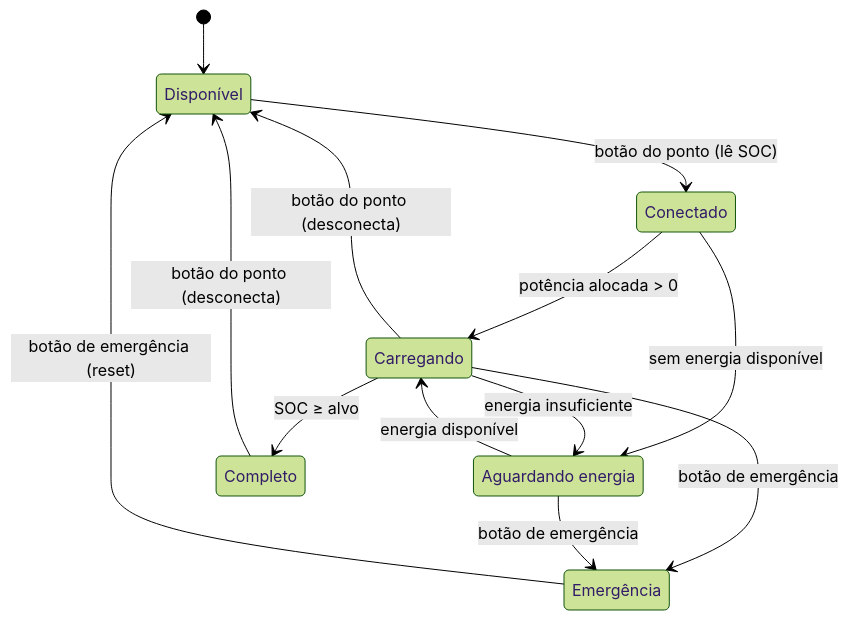
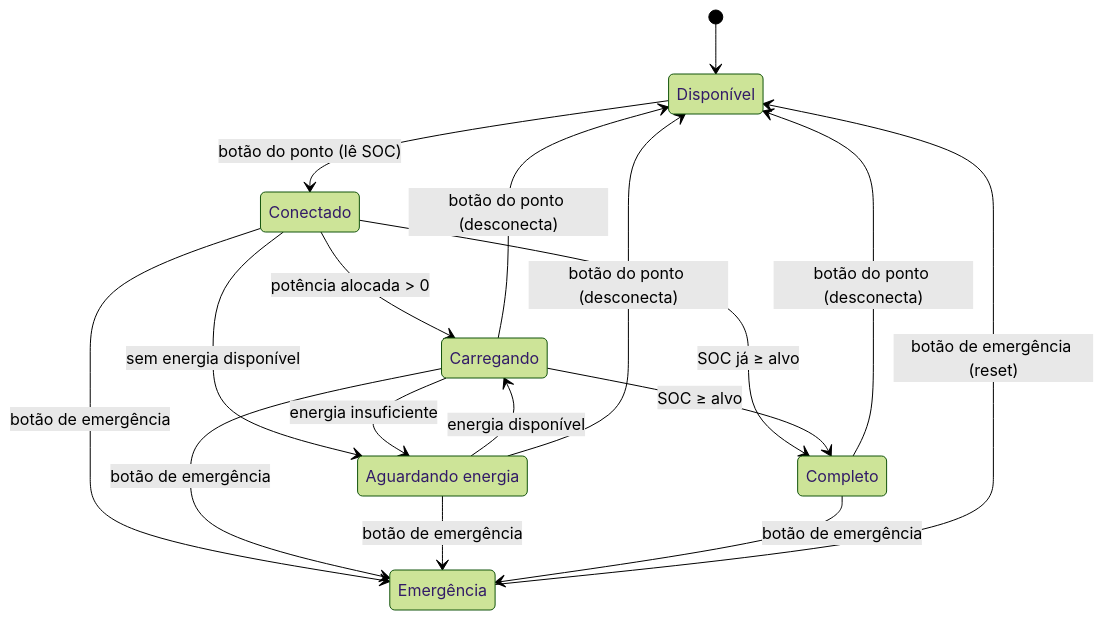
The fourth of 4 diagrams in docs/arquitetura.md (GustavoBitencourtLopes/sprint4-goodwe-solarflow), drawn with Mermaid (forest theme) before and after one commit. The commit also changed other lines of this file, not shown here.

````diff
--- a/docs/arquitetura.md
+++ b/docs/arquitetura.md
@@ -163,22 +170,26 @@
 ```mermaid
 stateDiagram-v2
     state "Disponível" as Disponivel
     state "Conectado" as Conectado
     state "Carregando" as Carregando
     state "Aguardando energia" as Aguardando
     state "Completo" as Completo
     state "Emergência" as Emergencia
 
     [*] --> Disponivel
     Disponivel --> Conectado: botão do ponto (lê SOC)
+    Conectado --> Completo: SOC já ≥ alvo
     Conectado --> Carregando: potência alocada > 0
     Conectado --> Aguardando: sem energia disponível
     Aguardando --> Carregando: energia disponível
     Carregando --> Aguardando: energia insuficiente
     Carregando --> Completo: SOC ≥ alvo
     Carregando --> Disponivel: botão do ponto (desconecta)
+    Aguardando --> Disponivel: botão do ponto (desconecta)
     Completo --> Disponivel: botão do ponto (desconecta)
+    Conectado --> Emergencia: botão de emergência
     Carregando --> Emergencia: botão de emergência
     Aguardando --> Emergencia: botão de emergência
+    Completo --> Emergencia: botão de emergência
     Emergencia --> Disponivel: botão de emergência (reset)
 ```
````
